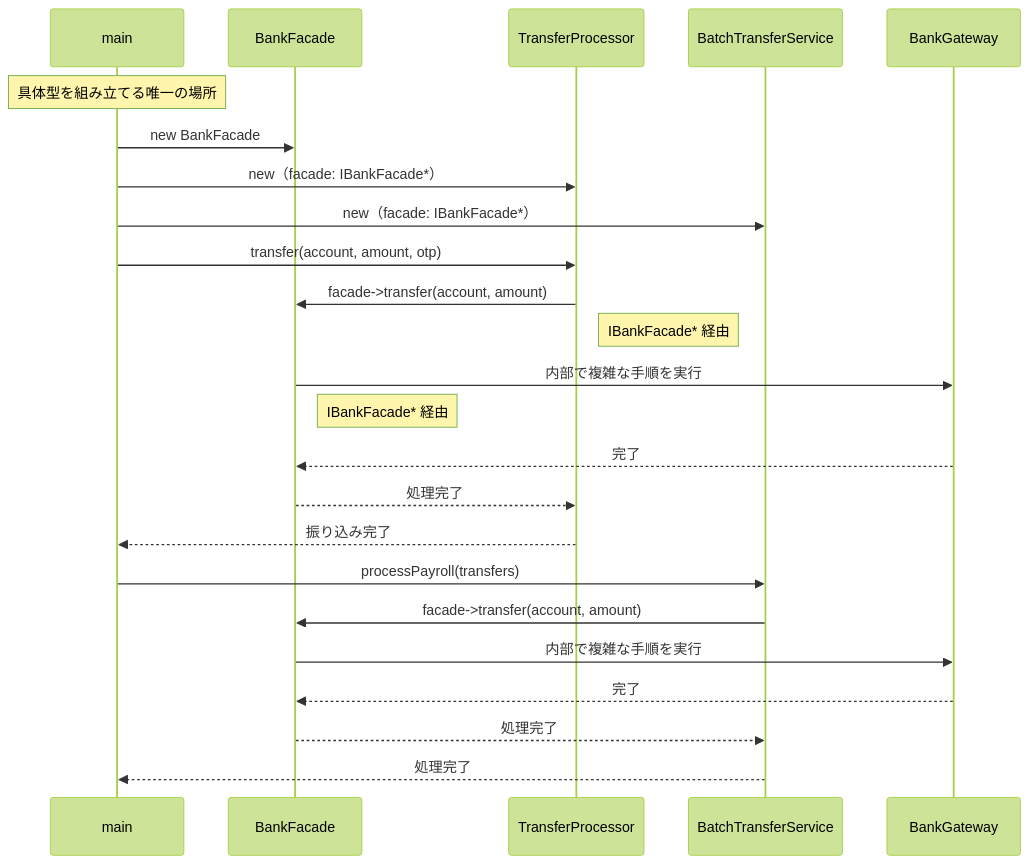
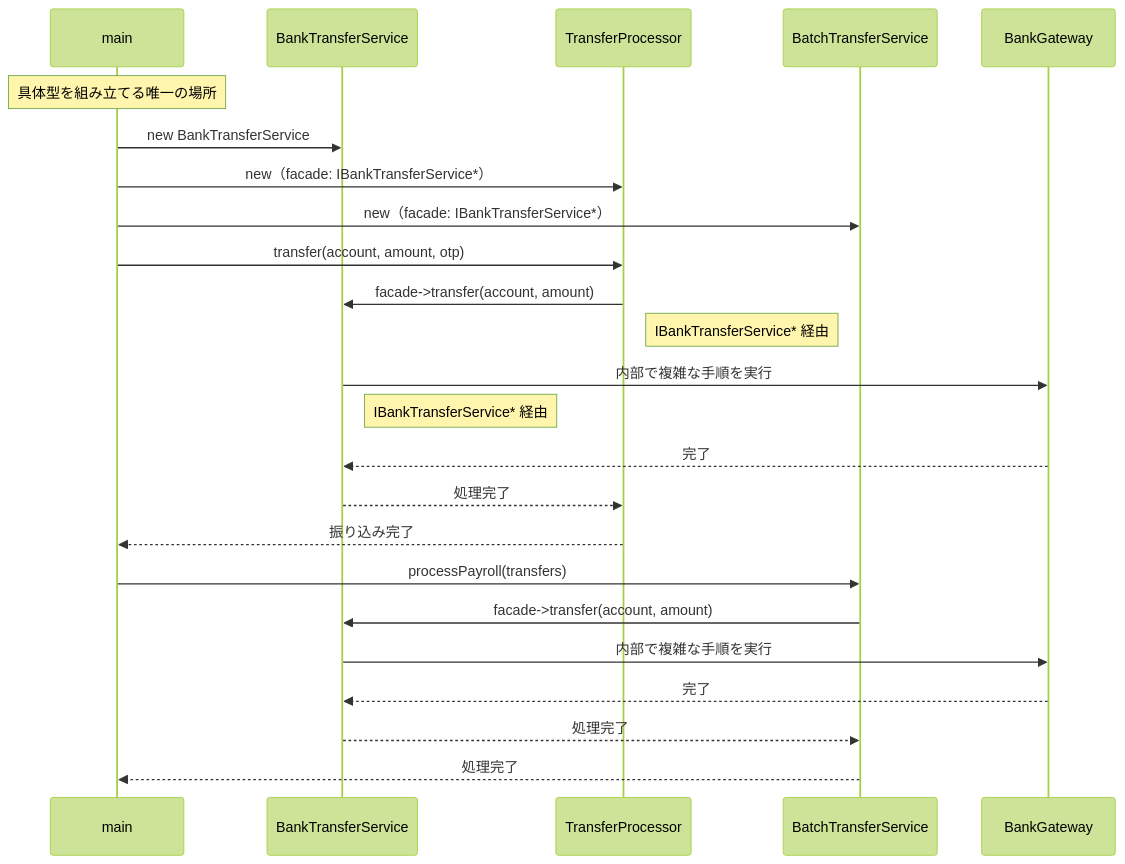
Before and after one commit to kumachan1101-pixel/DesignPattern: the eighth of 11 diagrams in kindle/design-patterns/output/chapter02.md, drawn with Mermaid (forest theme). The commit also changed other lines of this file, not shown here.

````diff
--- a/kindle/design-patterns/output/chapter02.md
+++ b/kindle/design-patterns/output/chapter02.md
@@ -960,26 +962,26 @@
 ```mermaid
 sequenceDiagram
     participant main
-    participant BF as BankFacade
+    participant BF as BankTransferService
     participant TP as TransferProcessor
     participant BTS as BatchTransferService
     participant BG as BankGateway
     Note over main: 具体型を組み立てる唯一の場所
-    main->>BF: new BankFacade
-    main->>TP: new（facade: IBankFacade*）
-    main->>BTS: new（facade: IBankFacade*）
+    main->>BF: new BankTransferService
+    main->>TP: new（facade: IBankTransferService*）
+    main->>BTS: new（facade: IBankTransferService*）
     main->>TP: transfer(account, amount, otp)
     TP->>BF: facade->transfer(account, amount)
-    Note right of TP: IBankFacade* 経由
+    Note right of TP: IBankTransferService* 経由
     BF->>BG: 内部で複雑な手順を実行
-    Note right of BF: IBankFacade* 経由
+    Note right of BF: IBankTransferService* 経由
     BG-->>BF: 完了
     BF-->>TP: 処理完了
     TP-->>main: 振り込み完了
     main->>BTS: processPayroll(transfers)
     BTS->>BF: facade->transfer(account, amount)
     BF->>BG: 内部で複雑な手順を実行
     BG-->>BF: 完了
     BF-->>BTS: 処理完了
     BTS-->>main: 処理完了
 ```
````
